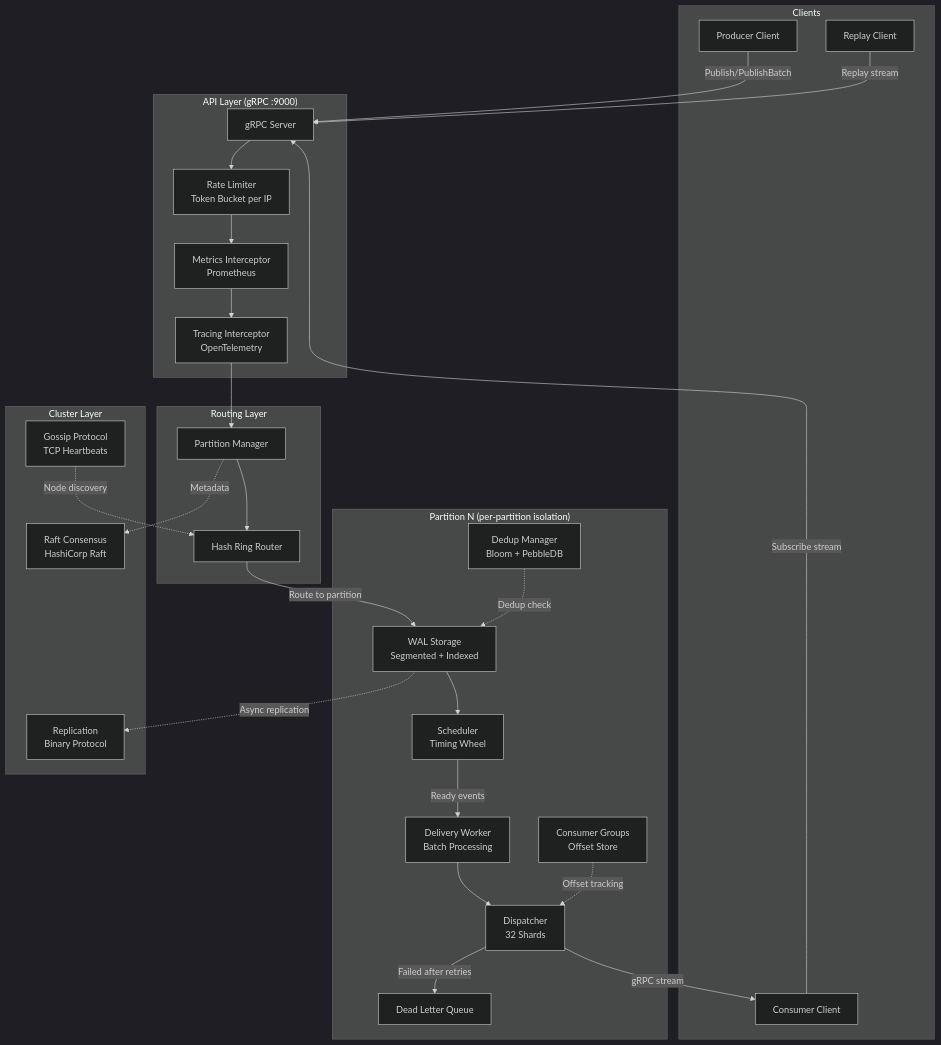
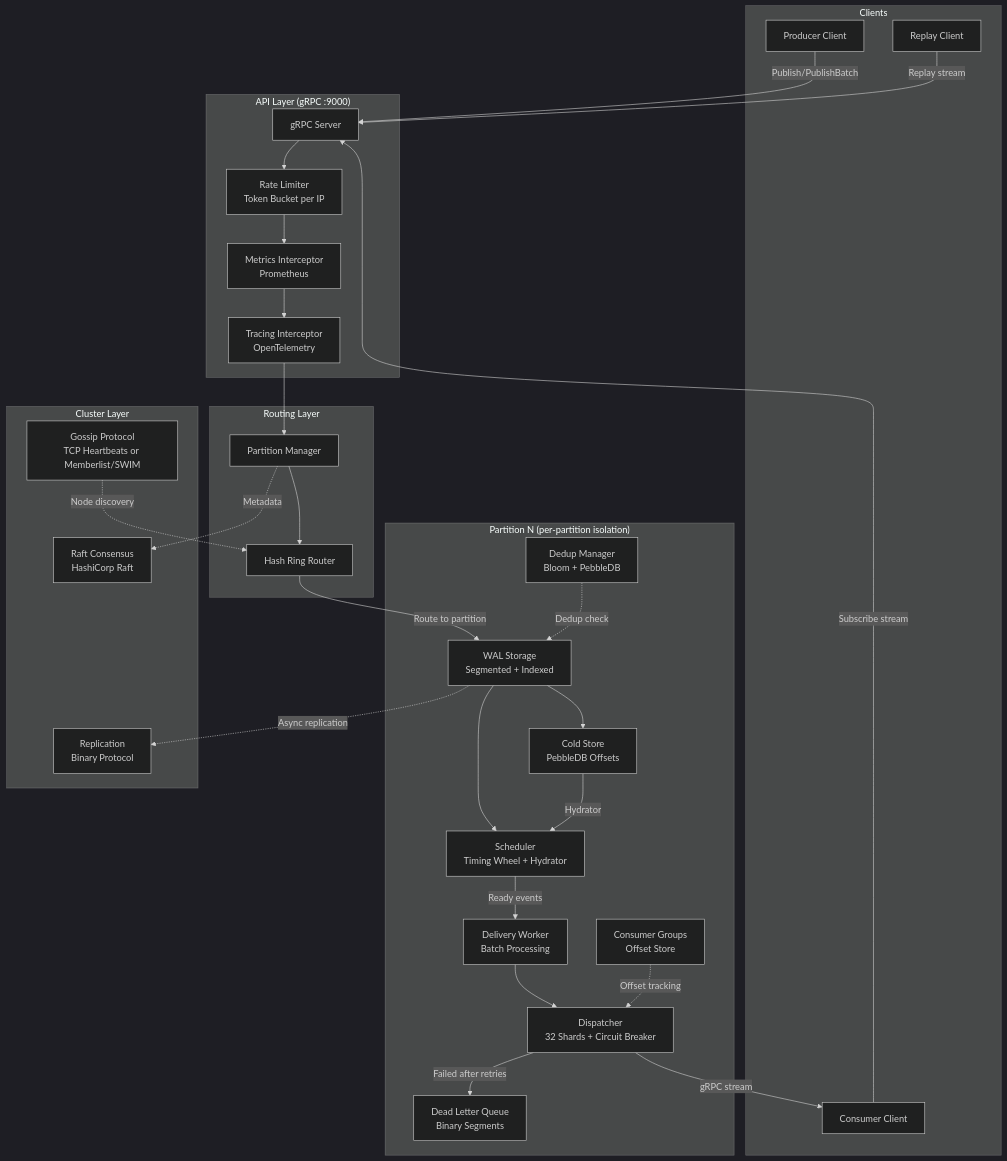
The first of 43 diagrams in ARCHITECTURE.md (jatin711-debug/cronos_db_golang), drawn with Mermaid (dark theme) before and after one commit. The commit also changed other lines of this file and 24 other files, not shown here.

````diff
--- a/ARCHITECTURE.md
+++ b/ARCHITECTURE.md
@@ -41,54 +41,57 @@
 ```mermaid
 graph TB
     subgraph Clients
         C1[Producer Client]
         C2[Consumer Client]
         C3[Replay Client]
     end
 
     subgraph "API Layer (gRPC :9000)"
         GW[gRPC Server]
         RL[Rate Limiter<br/>Token Bucket per IP]
         MT[Metrics Interceptor<br/>Prometheus]
         TR[Tracing Interceptor<br/>OpenTelemetry]
     end
 
     subgraph "Routing Layer"
         PM[Partition Manager]
         HR[Hash Ring Router]
     end
 
     subgraph "Partition N (per-partition isolation)"
         WAL[WAL Storage<br/>Segmented + Indexed]
-        SCH[Scheduler<br/>Timing Wheel]
+        CS[Cold Store<br/>PebbleDB Offsets]
+        SCH[Scheduler<br/>Timing Wheel + Hydrator]
         DD[Dedup Manager<br/>Bloom + PebbleDB]
-        DSP[Dispatcher<br/>32 Shards]
+        DSP[Dispatcher<br/>32 Shards + Circuit Breaker]
         WRK[Delivery Worker<br/>Batch Processing]
         CG[Consumer Groups<br/>Offset Store]
-        DLQ[Dead Letter Queue]
+        DLQ[Dead Letter Queue<br/>Binary Segments]
     end
 
     subgraph "Cluster Layer"
         RAFT[Raft Consensus<br/>HashiCorp Raft]
-        GOSSIP[Gossip Protocol<br/>TCP Heartbeats]
+        GOSSIP[Gossip Protocol<br/>TCP Heartbeats or Memberlist/SWIM]
         REPL[Replication<br/>Binary Protocol]
     end
 
     C1 -->|Publish/PublishBatch| GW
     C2 -->|Subscribe stream| GW
     C3 -->|Replay stream| GW
     GW --> RL --> MT --> TR
     TR --> PM
     PM --> HR
     HR -->|Route to partition| WAL
     WAL --> SCH
+    WAL --> CS
+    CS -->|Hydrator| SCH
     SCH -->|Ready events| WRK
     WRK --> DSP
     DSP -->|gRPC stream| C2
     DSP -->|Failed after retries| DLQ
     DD -.->|Dedup check| WAL
     CG -.->|Offset tracking| DSP
     WAL -.->|Async replication| REPL
     PM -.->|Metadata| RAFT
     GOSSIP -.->|Node discovery| HR
 ```
````
